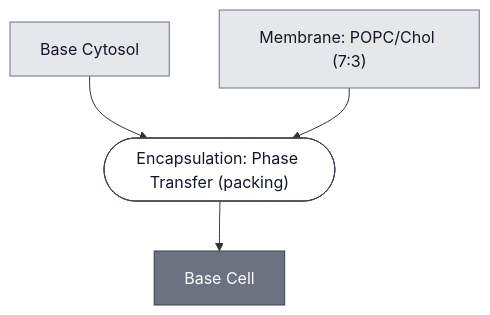
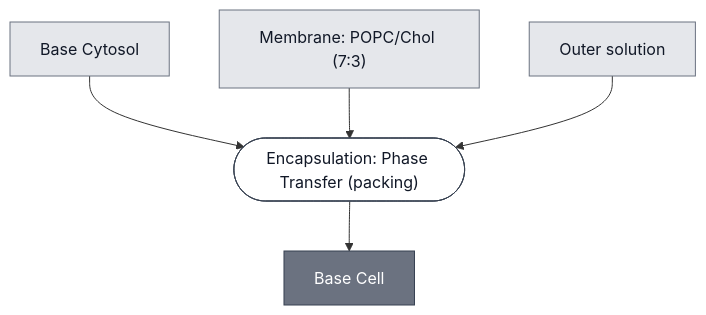
Before and after one commit to nucleus-eng/nucleus-docs: the diagram in docs/modules/base-cell/spec.md, drawn with Mermaid. The commit also changed 41 other files, not shown here.

````diff
--- a/docs/modules/base-cell/spec.md
+++ b/docs/modules/base-cell/spec.md
@@ -32,25 +32,28 @@
 ```mermaid
 flowchart TD
+    OUTER_SOLUTION["Outer solution"]
     BASE_CYTOSOL["Base Cytosol"]
     MEMBRANE_POPC_CHOL["Membrane: POPC/Chol (7:3)"]
 
     P1_ENCAPSULATE_0(["Encapsulation: Phase Transfer (packing)"])
     BASE_CELL["Base Cell"]
 
     BASE_CYTOSOL --> P1_ENCAPSULATE_0
     MEMBRANE_POPC_CHOL --> P1_ENCAPSULATE_0
+    OUTER_SOLUTION --> P1_ENCAPSULATE_0
     P1_ENCAPSULATE_0 --> BASE_CELL
 
 
     classDef leaf     fill:#e5e7eb,stroke:#6b7280,color:#111827;
     classDef composed fill:#6b7280,stroke:#374151,color:#ffffff;
     classDef process  fill:#ffffff,stroke:#374151,color:#111827;
-    class BASE_CYTOSOL,MEMBRANE_POPC_CHOL leaf;
+    class OUTER_SOLUTION,BASE_CYTOSOL,MEMBRANE_POPC_CHOL leaf;
     class BASE_CELL composed;
     class P1_ENCAPSULATE_0 process;
 
+    click OUTER_SOLUTION "/docs/modules/outer-solution/spec"
     click BASE_CYTOSOL "/docs/modules/base-cytosol/spec"
     click MEMBRANE_POPC_CHOL "/docs/modules/membrane-popc-chol/spec"
     click P1_ENCAPSULATE_0 "/docs/processes/assemble-base-cell/main"
     click BASE_CELL "/docs/modules/base-cell/spec"
 ```
````
